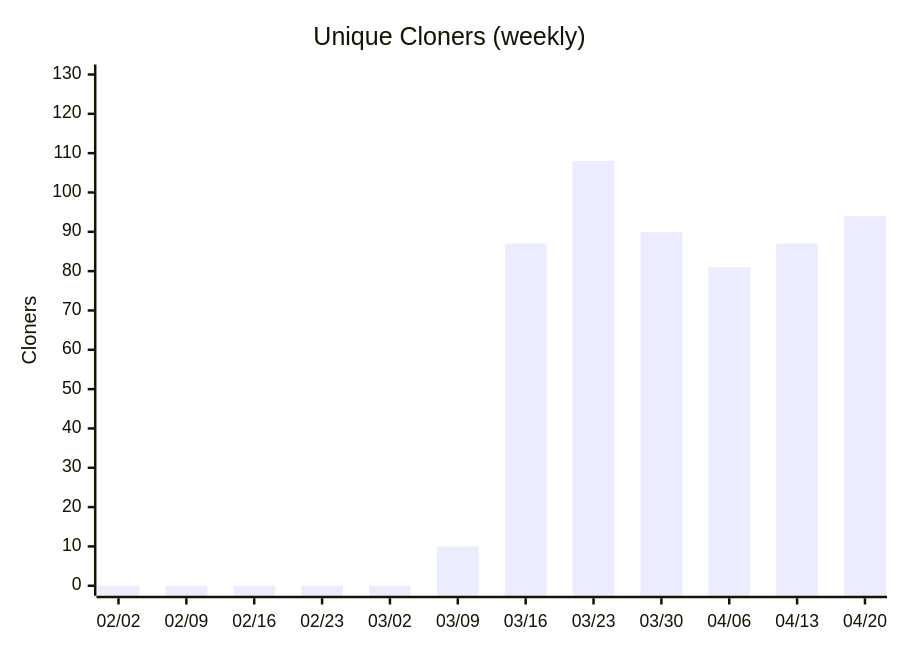
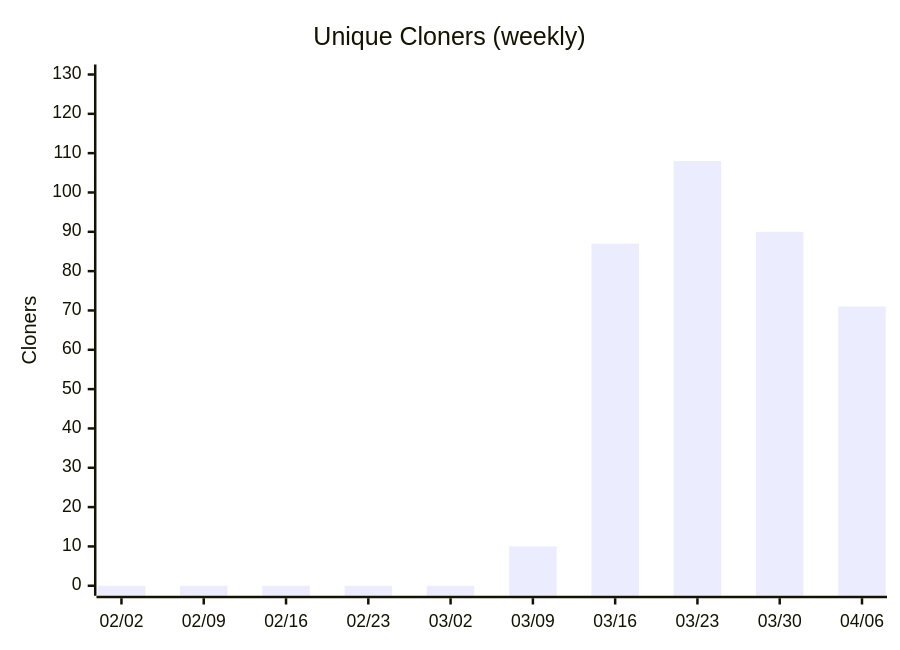
Diagram 14 of 14 in docs/metrics.md (nablarch/nabledge-dev), drawn with Mermaid before and after one commit. The commit also changed other lines of this file and 13372 other files, not shown here.

````diff
--- a/docs/metrics.md
+++ b/docs/metrics.md
@@ -173,7 +171,7 @@
 ```mermaid
 xychart-beta
   title "Unique Cloners (weekly)"
-  x-axis ["02/02", "02/09", "02/16", "02/23", "03/02", "03/09", "03/16", "03/23", "03/30", "04/06", "04/13", "04/20"]
+  x-axis ["02/02", "02/09", "02/16", "02/23", "03/02", "03/09", "03/16", "03/23", "03/30", "04/06"]
   y-axis "Cloners" 0 --> 130
-  bar [0, 0, 0, 0, 0, 10, 87, 108, 90, 81, 87, 94]
+  bar [0, 0, 0, 0, 0, 10, 87, 108, 90, 71]
 ```
````
